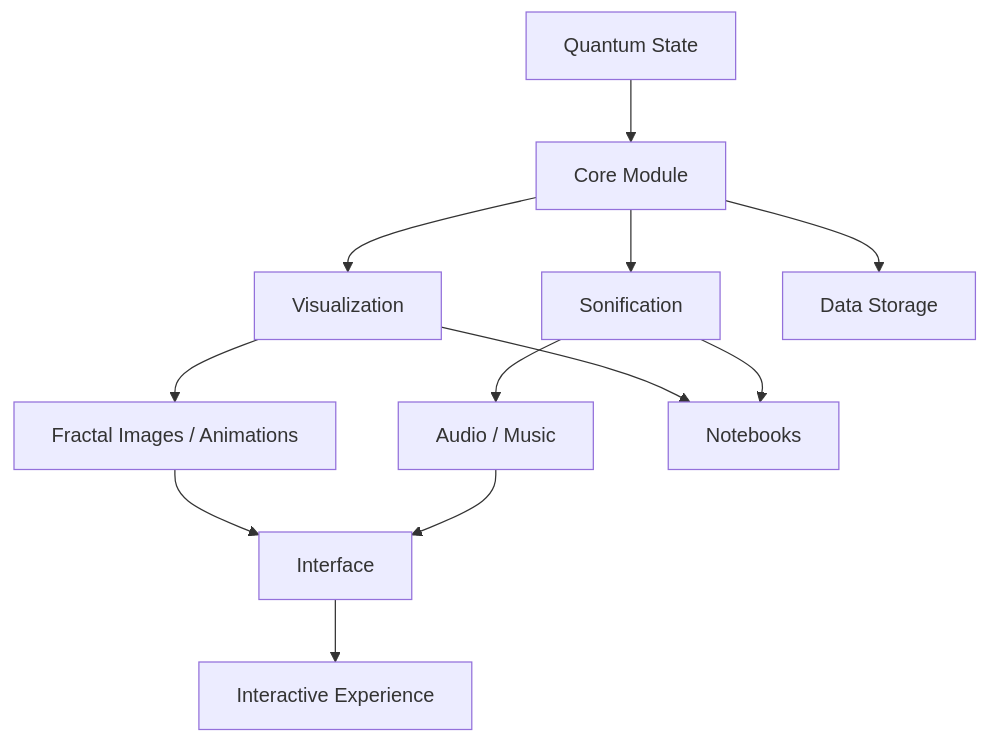
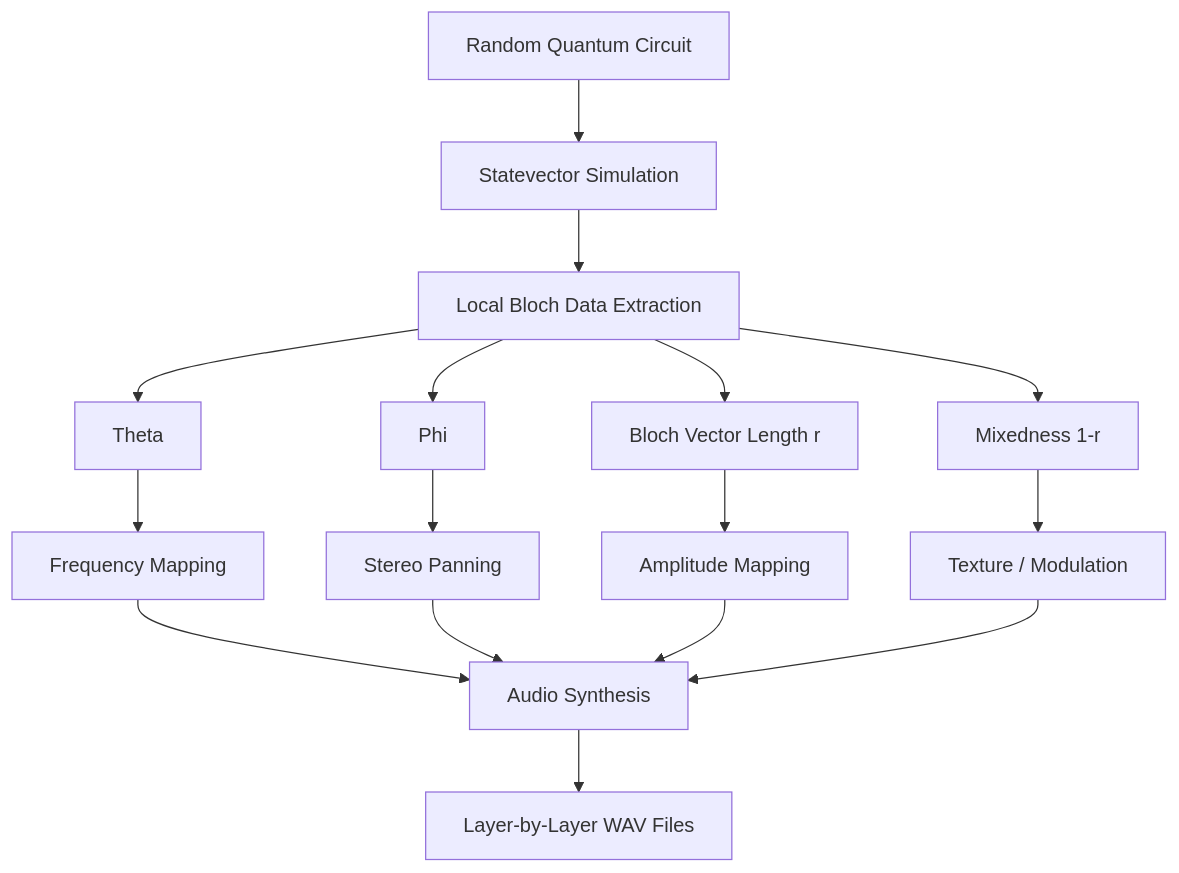
One commit to vania020/Quantum_Sonification_Team changed the diagram in README.md. Above: the diagram before and after it, drawn with Mermaid. The commit also changed other lines of this file, not shown here.

````diff
--- a/README.md
+++ b/README.md
@@ -47,21 +117,24 @@
 ```mermaid
 graph TD
 
-    A[Quantum State] --> B[Core Module]
+    A[Random Quantum Circuit] --> B[Statevector Simulation]
 
-    B --> C[Visualization]
-    B --> D[Sonification]
+    B --> C[Local Bloch Data Extraction]
 
-    C --> E[Fractal Images / Animations]
-    D --> F[Audio / Music]
+    C --> D[Theta]
+    C --> E[Phi]
+    C --> F[Bloch Vector Length r]
+    C --> G[Mixedness 1-r]
 
-    C --> G[Notebooks]
-    D --> G
+    D --> H[Frequency Mapping]
+    E --> I[Stereo Panning]
+    F --> J[Amplitude Mapping]
+    G --> K[Texture / Modulation]
 
-    B --> H[Data Storage]
+    H --> L[Audio Synthesis]
+    I --> L
+    J --> L
+    K --> L
 
-    E --> I[Interface]
-    F --> I
-
-    I --> J[Interactive Experience]
+    L --> M[Layer-by-Layer WAV Files]
 ```
````
